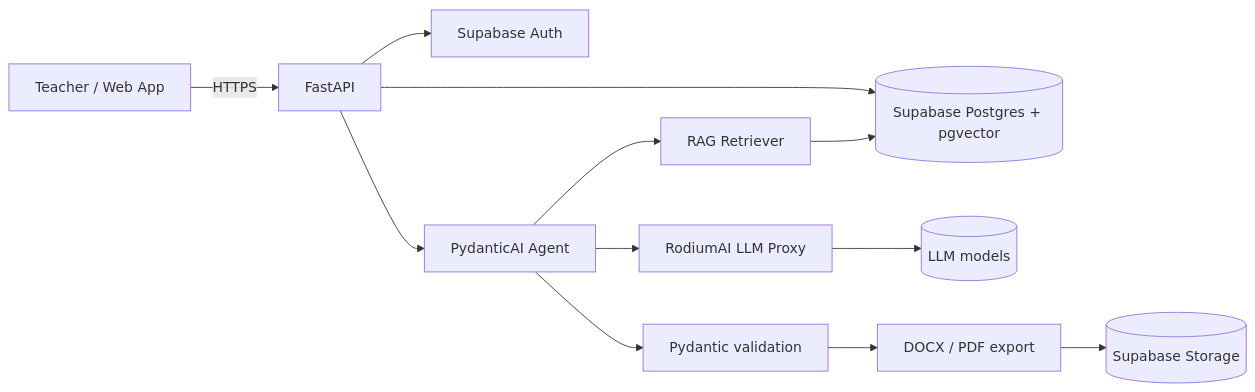
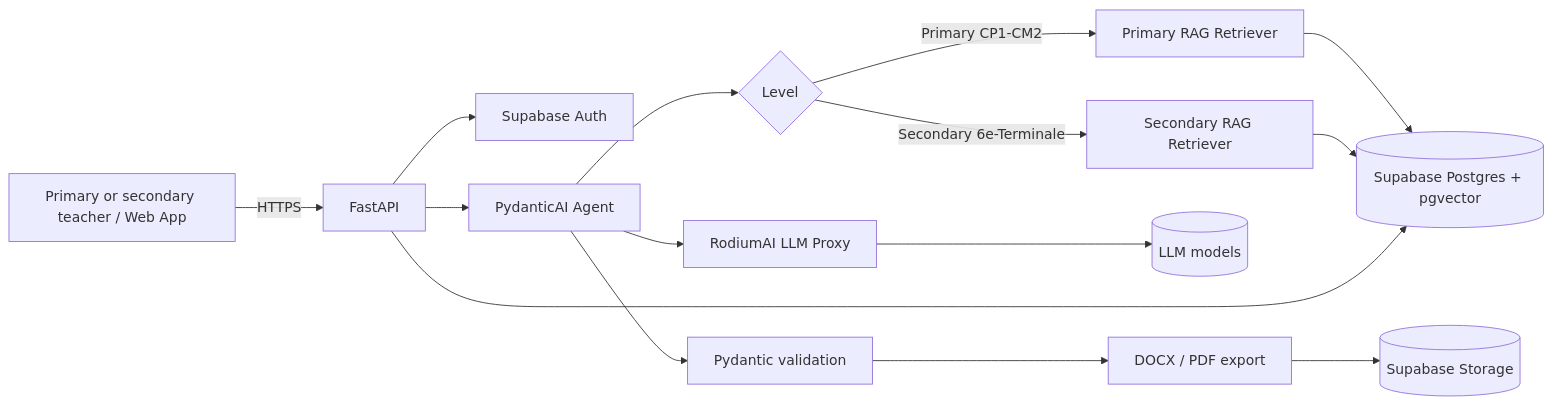
One commit to justin2119/pedago-ai changed the second of 2 diagrams in README.md. Above: the diagram before and after it, drawn with Mermaid. The commit also changed other lines of this file, not shown here.

````diff
--- a/README.md
+++ b/README.md
@@ -253,14 +336,17 @@
 ```mermaid
 flowchart LR
-    U[Teacher / Web App] -->|HTTPS| API[FastAPI]
+    U[Primary or secondary teacher / Web App] -->|HTTPS| API[FastAPI]
     API --> AUTH[Supabase Auth]
     API --> AG[PydanticAI Agent]
-    AG --> RET[RAG Retriever]
-    RET --> PG[(Supabase Postgres + pgvector)]
+    AG --> ROUTE{Level}
+    ROUTE -->|Primary CP1-CM2| RETP[Primary RAG Retriever]
+    ROUTE -->|Secondary 6e-Terminale| RETS[Secondary RAG Retriever]
+    RETP --> PG[(Supabase Postgres + pgvector)]
+    RETS --> PG
     AG --> PROXY[RodiumAI LLM Proxy]
     PROXY --> LLM[(LLM models)]
     AG --> VAL[Pydantic validation]
     VAL --> EXP[DOCX / PDF export]
     EXP --> STO[(Supabase Storage)]
     API --> PG
 ```
````
